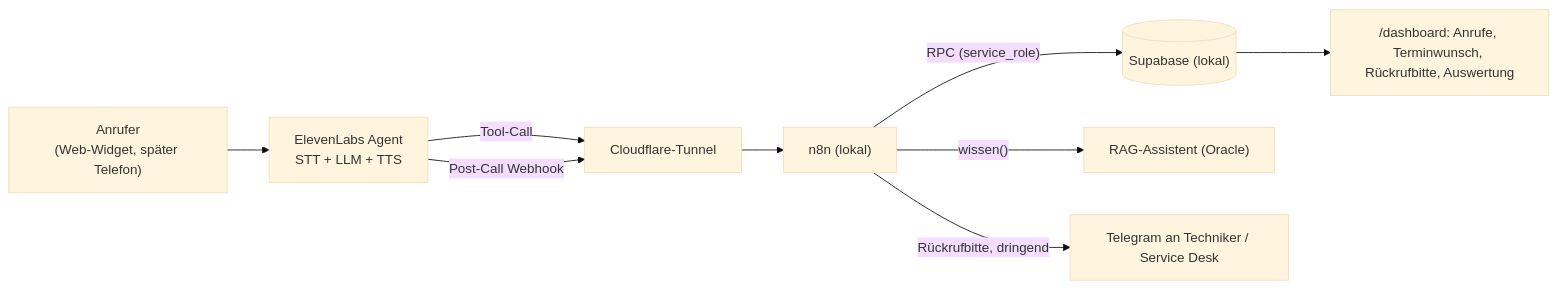
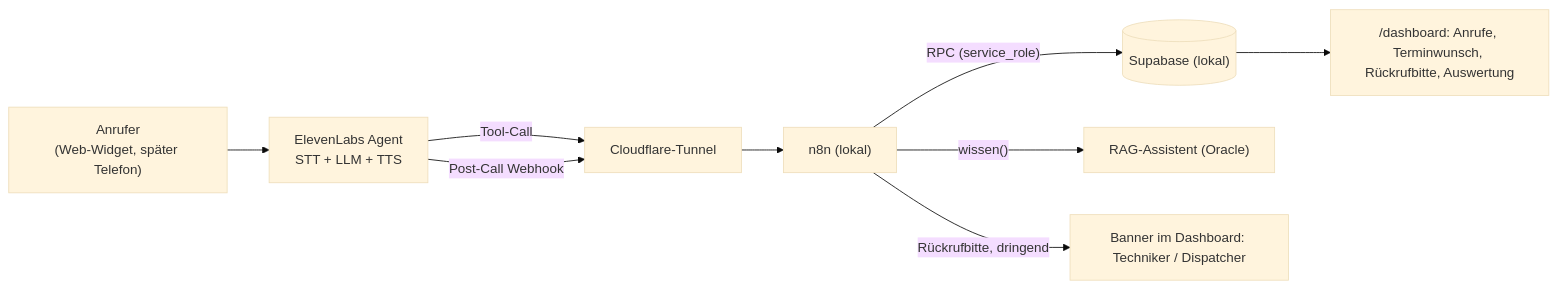
The diagram in docs/telefonassistent-plan.md (FuzzCube/RhenWerk-WebSite), drawn with Mermaid (base theme) before and after one commit. The commit also changed other lines of this file and 19 other files, not shown here.

Commit message:
feat: Rückrufbitte an den Techniker als Benachrichtigung im Dashboard (task-13-4)

````diff
--- a/docs/telefonassistent-plan.md
+++ b/docs/telefonassistent-plan.md
@@ -85,11 +85,11 @@
 ```mermaid
 flowchart LR
     A["Anrufer<br/>(Web-Widget, später Telefon)"] --> B["ElevenLabs Agent<br/>STT + LLM + TTS"]
     B -->|"Tool-Call"| C["Cloudflare-Tunnel"]
     C --> D["n8n (lokal)"]
     D -->|"RPC (service_role)"| E[("Supabase (lokal)")]
     D -->|"wissen()"| R["RAG-Assistent (Oracle)"]
     B -->|"Post-Call Webhook"| C
-    D -->|"Rückrufbitte, dringend"| T["Telegram an Techniker / Service Desk"]
+    D -->|"Rückrufbitte, dringend"| T["Banner im Dashboard: Techniker / Dispatcher"]
     E --> G["/dashboard: Anrufe, Terminwunsch, Rückrufbitte, Auswertung"]
 ```
````
